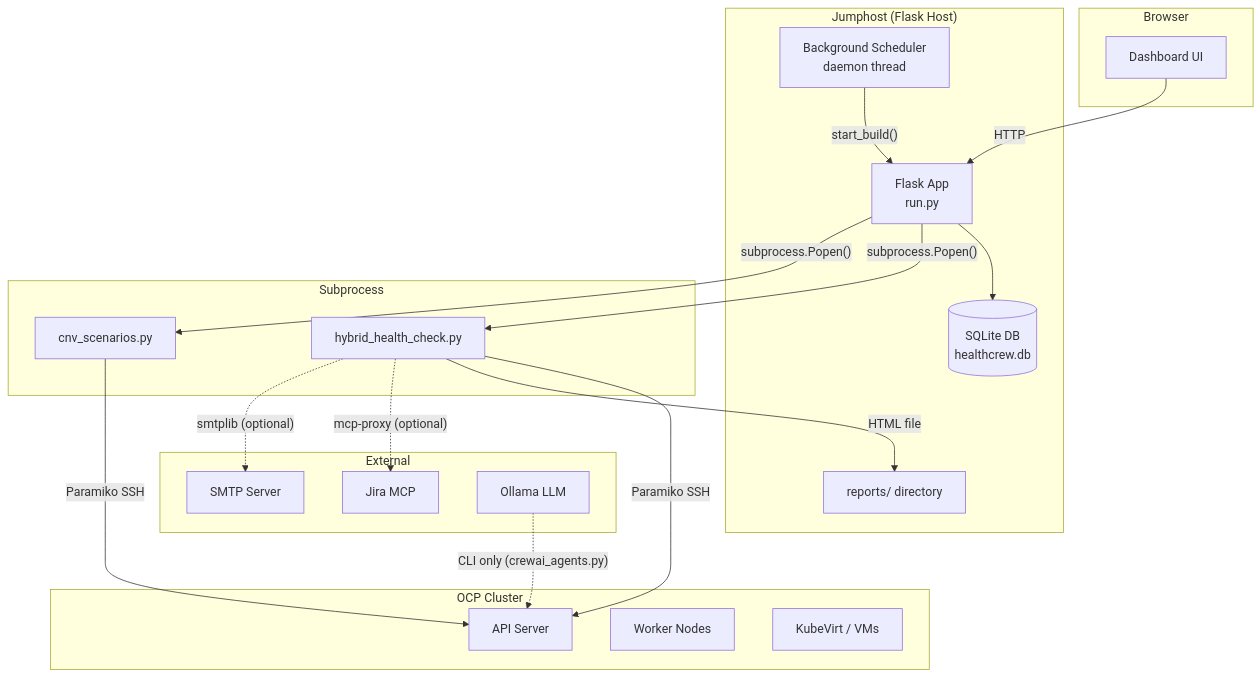
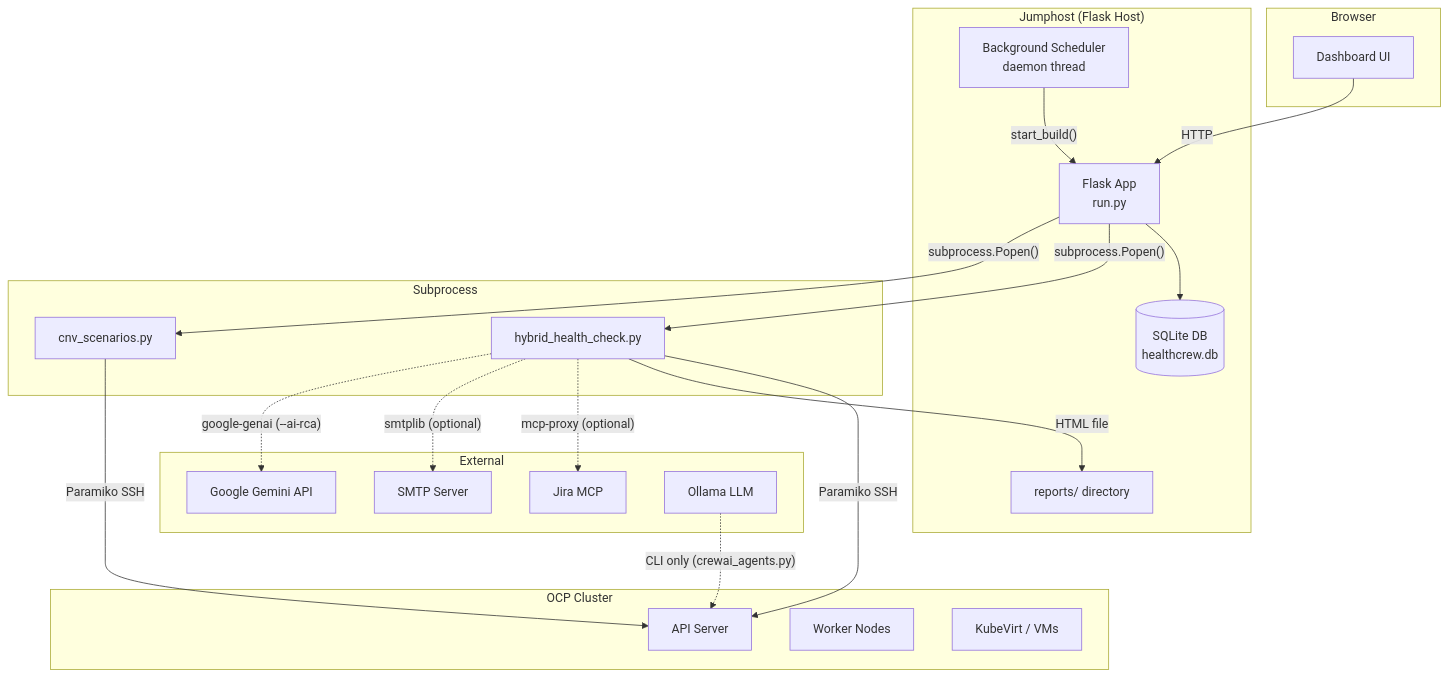
The first of 8 diagrams in docs/ARCHITECTURE.md (m0rdechai/ocp-health-crew), drawn with Mermaid before and after one commit. The commit also changed other lines of this file and 17 other files, not shown here.

````diff
--- a/docs/ARCHITECTURE.md
+++ b/docs/ARCHITECTURE.md
@@ -9,38 +9,40 @@
 ```mermaid
 graph TB
     subgraph browser [Browser]
         WebUI[Dashboard UI]
     end
     subgraph jumphost ["Jumphost (Flask Host)"]
         Flask[Flask App<br>run.py]
         SQLite[(SQLite DB<br>healthcrew.db)]
         Scheduler[Background Scheduler<br>daemon thread]
         Reports[reports/ directory]
     end
     subgraph subprocess [Subprocess]
         HybridHC[hybrid_health_check.py]
         CnvScenarios[cnv_scenarios.py]
     end
     subgraph cluster [OCP Cluster]
         APIServer[API Server]
         Workers[Worker Nodes]
         KubeVirt[KubeVirt / VMs]
     end
     subgraph external [External]
         Jira[Jira MCP]
         SMTP[SMTP Server]
+        Gemini[Google Gemini API]
         Ollama[Ollama LLM]
     end
 
     WebUI -->|HTTP| Flask
     Flask --> SQLite
     Flask -->|"subprocess.Popen()"| HybridHC
     Flask -->|"subprocess.Popen()"| CnvScenarios
     Scheduler -->|"start_build()"| Flask
     HybridHC -->|"Paramiko SSH"| APIServer
     CnvScenarios -->|"Paramiko SSH"| APIServer
     HybridHC -->|HTML file| Reports
     HybridHC -.->|"mcp-proxy (optional)"| Jira
     HybridHC -.->|"smtplib (optional)"| SMTP
+    HybridHC -.->|"google-genai (--ai-rca)"| Gemini
     Ollama -.->|"CLI only (crewai_agents.py)"| APIServer
 ```
````
